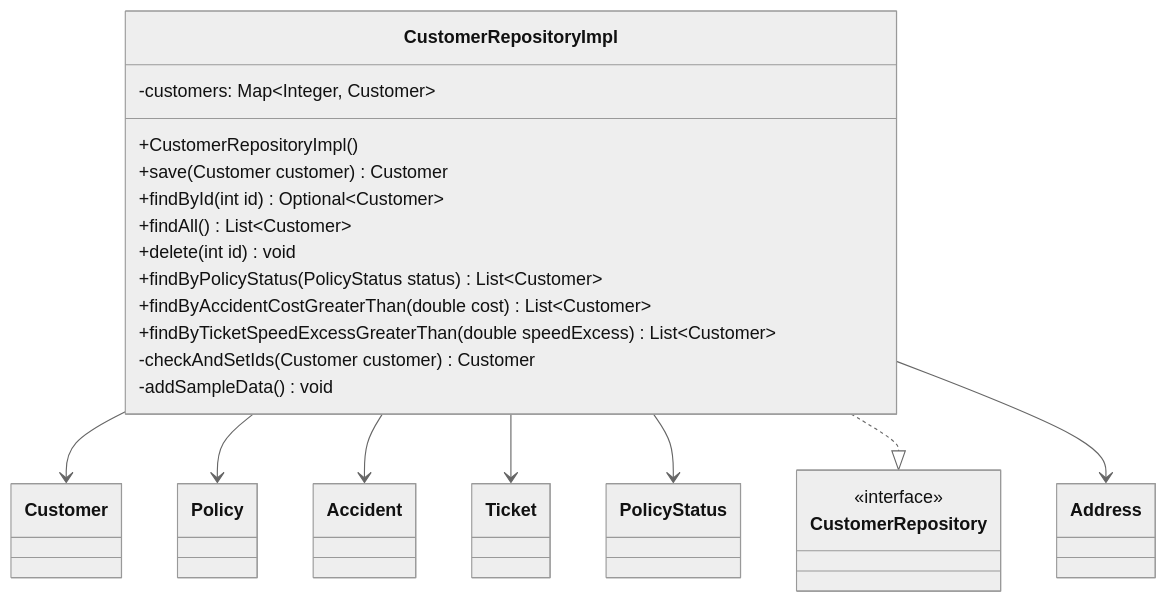
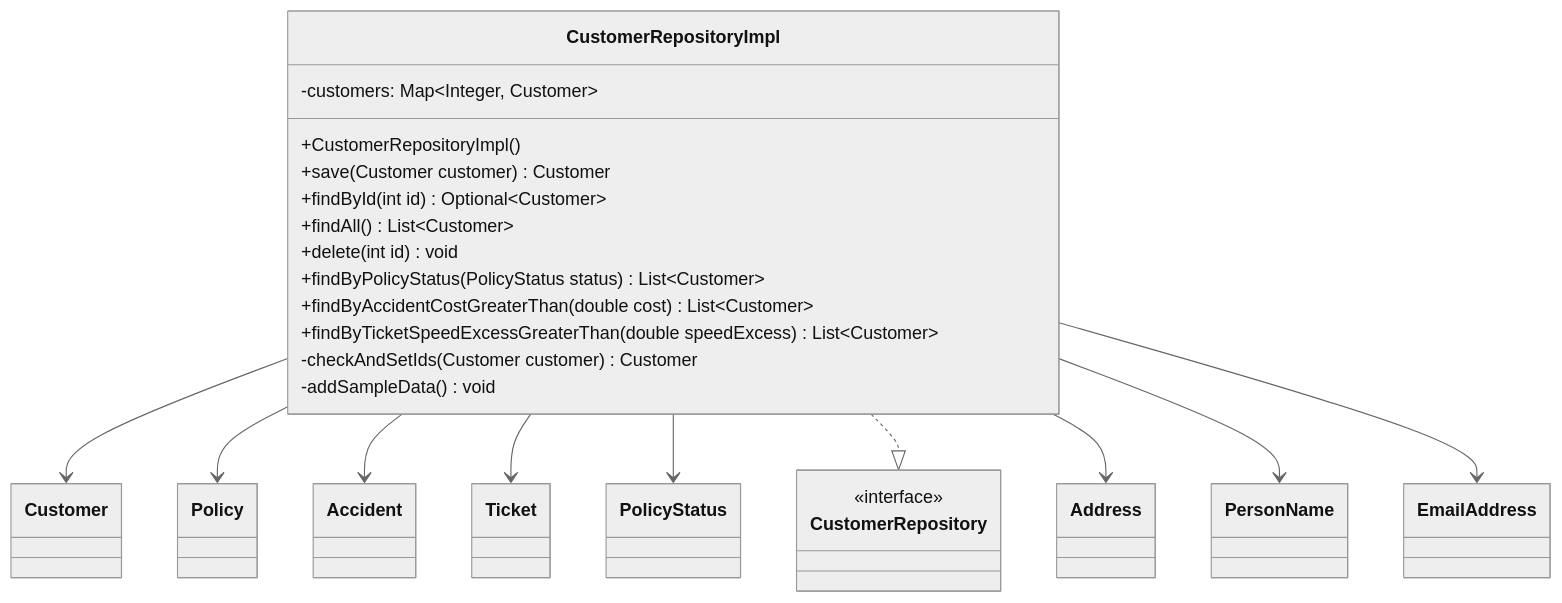
One commit to SirSimon04/clean-car-insurance changed the first of 26 diagrams in Programmentwurf.md. Above: the diagram before and after it, drawn with Mermaid (neutral theme). The commit also changed other lines of this file and 2 other files, not shown here.

````diff
--- a/Programmentwurf.md
+++ b/Programmentwurf.md
@@ -138,27 +145,29 @@
 ```mermaid
 classDiagram
     class CustomerRepositoryImpl {
         -customers: Map~Integer, Customer~        
         +CustomerRepositoryImpl()
         +save(Customer customer) Customer
         +findById(int id) Optional~Customer~
         +findAll() List~Customer~
         +delete(int id) void
         +findByPolicyStatus(PolicyStatus status) List~Customer~
         +findByAccidentCostGreaterThan(double cost) List~Customer~
         +findByTicketSpeedExcessGreaterThan(double speedExcess) List~Customer~
         -checkAndSetIds(Customer customer) Customer
         -addSampleData() void
     }
 
     class CustomerRepository{
       <<interface>>
     } 
     CustomerRepositoryImpl --> Customer
     CustomerRepositoryImpl --> Policy
     CustomerRepositoryImpl --> Accident
     CustomerRepositoryImpl --> Ticket
     CustomerRepositoryImpl --> PolicyStatus    
     CustomerRepositoryImpl ..|> CustomerRepository
     CustomerRepositoryImpl --> Address    
+    CustomerRepositoryImpl --> PersonName    
+    CustomerRepositoryImpl --> EmailAddress    
 ```
````
